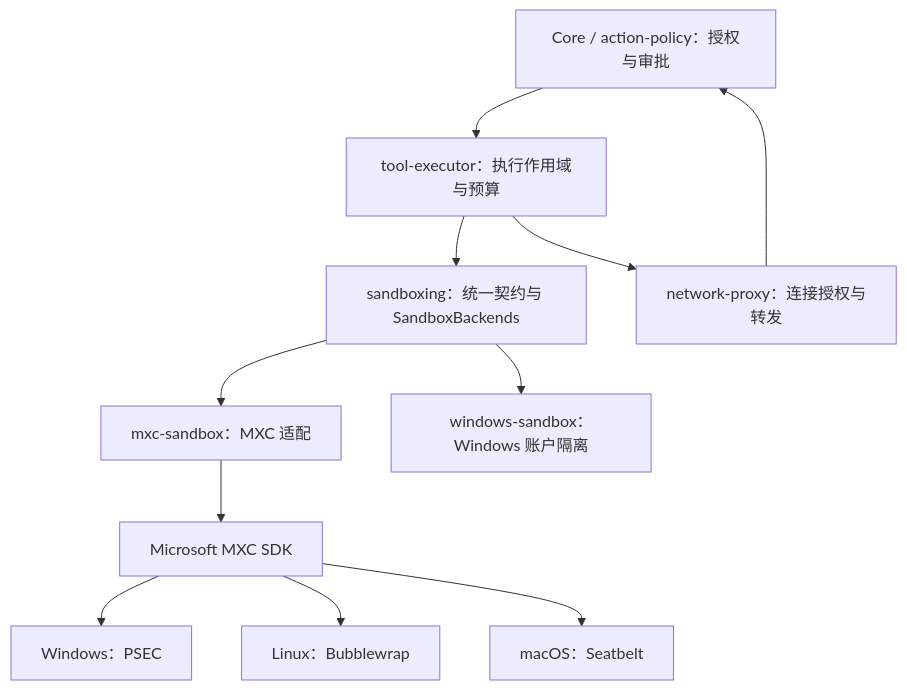
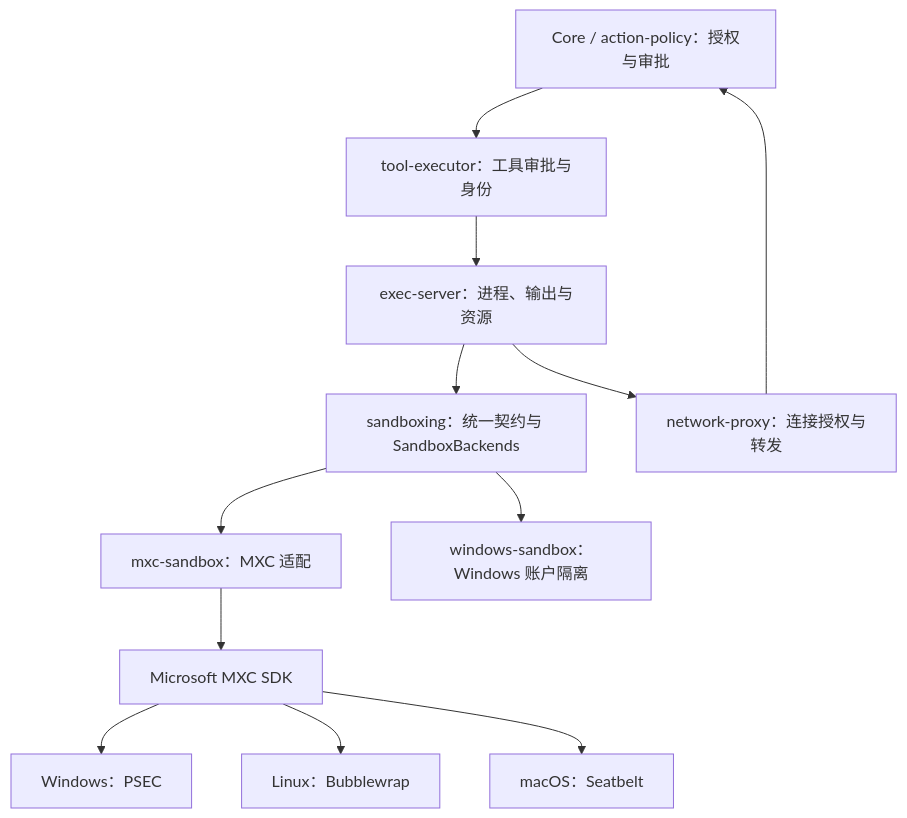
The diagram in docs/sandboxing.md (chogng/ash), drawn with Mermaid before and after one commit. The commit also changed other lines of this file and 26 other files, not shown here.

First line of the commit message:
feat: enhance exec-server integration and tool-executor functionality

````diff
--- a/docs/sandboxing.md
+++ b/docs/sandboxing.md
@@ -7,13 +7,14 @@
 ```mermaid
 flowchart TD
-    core["Core / action-policy：授权与审批"] --> executor["tool-executor：执行作用域与预算"]
+    core["Core / action-policy：授权与审批"] --> tools["tool-executor：工具审批与身份"]
+    tools --> executor["exec-server：进程、输出与资源"]
     executor --> contract["sandboxing：统一契约与 SandboxBackends"]
     contract --> adapter["mxc-sandbox：MXC 适配"]
     contract --> account["windows-sandbox：Windows 账户隔离"]
     adapter --> sdk["Microsoft MXC SDK"]
     sdk --> windows["Windows：PSEC"]
     sdk --> linux["Linux：Bubblewrap"]
     sdk --> macos["macOS：Seatbelt"]
     executor --> proxy["network-proxy：连接授权与转发"]
     proxy --> core
 ```
````
